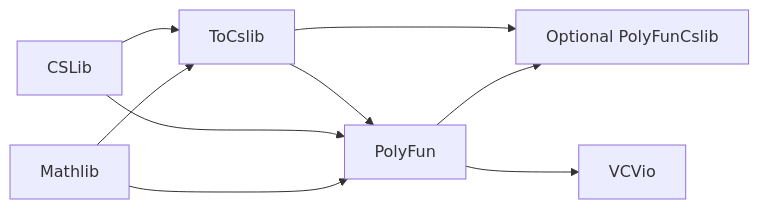
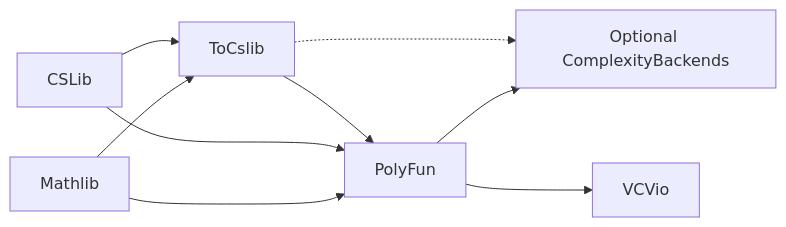
The diagram in README.md (Verified-zkEVM/PolyFun), drawn with Mermaid before and after one commit. The commit also changed other lines of this file and 41 other files, not shown here.

````diff
--- a/README.md
+++ b/README.md
@@ -49,11 +49,11 @@
 ```mermaid
 flowchart LR
   M[Mathlib] --> P[PolyFun]
   C[CSLib] --> P
   M --> T[ToCslib]
   C --> T
   T --> P
-  P --> A[Optional PolyFunCslib]
-  T --> A
+  P --> A[Optional ComplexityBackends]
+  T -.-> A
   P --> V[VCVio]
 ```
````
